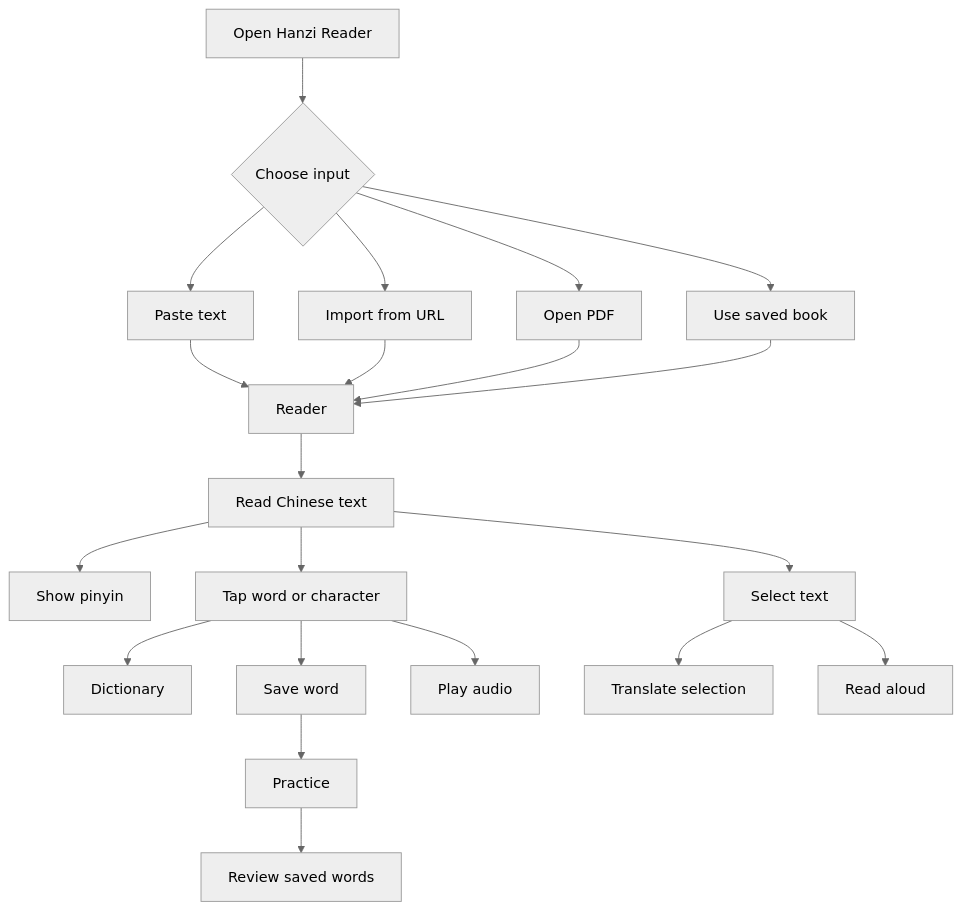
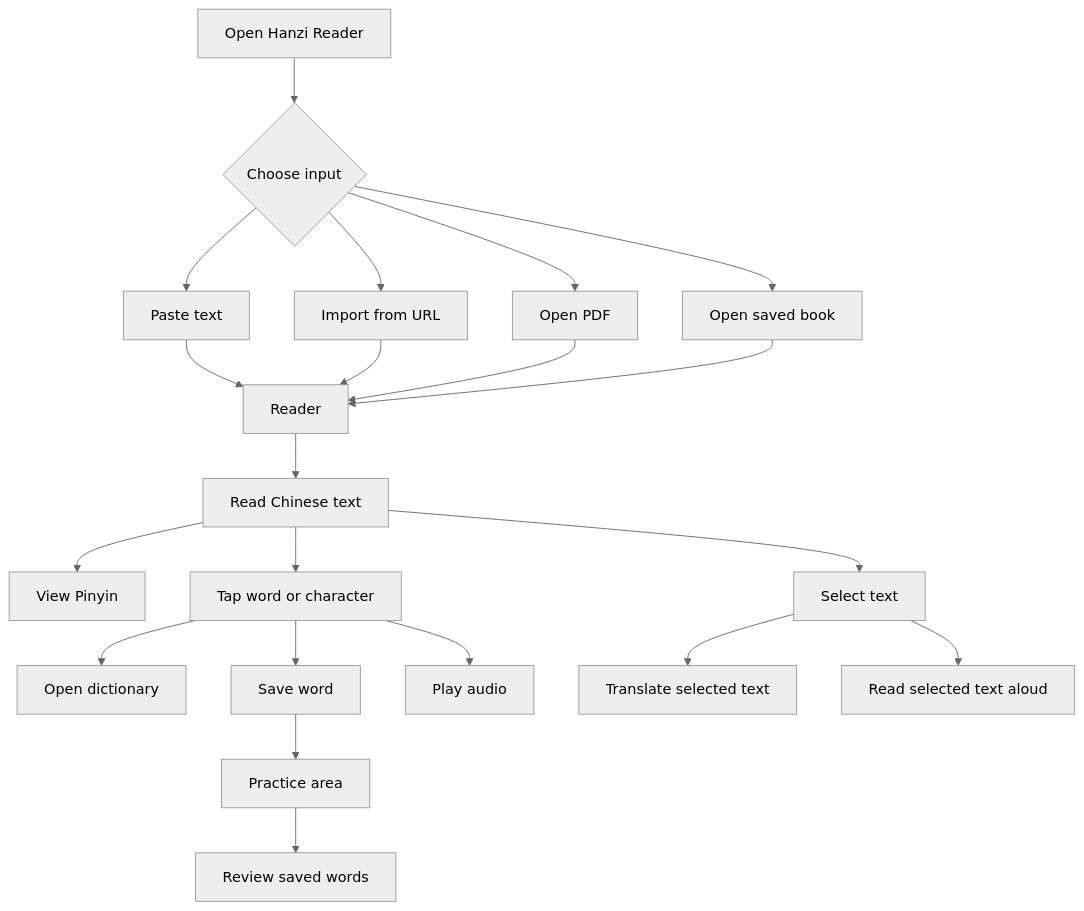
One commit to HyakkimaruPY/Hanzi-Reader changed the fourth of 8 diagrams in README.md. Above: the diagram before and after it, drawn with Mermaid (neutral theme). The commit also changed other lines of this file, not shown here.

````diff
--- a/README.md
+++ b/README.md
@@ -97,28 +145,29 @@
 ```mermaid
 flowchart TD
-    A[Open Hanzi Reader] --> B{Choose input}
-    B --> C[Paste text]
-    B --> D[Import from URL]
-    B --> E[Open PDF]
-    B --> F[Use saved book]
+    A["Open Hanzi Reader"] --> B{"Choose input"}
 
-    C --> G[Reader]
+    B --> C["Paste text"]
+    B --> D["Import from URL"]
+    B --> E["Open PDF"]
+    B --> F["Open saved book"]
+
+    C --> G["Reader"]
     D --> G
     E --> G
     F --> G
 
-    G --> H[Read Chinese text]
-    H --> I[Show pinyin]
-    H --> J[Tap word or character]
-    H --> K[Select text]
+    G --> H["Read Chinese text"]
+    H --> I["View Pinyin"]
+    H --> J["Tap word or character"]
+    H --> K["Select text"]
 
-    J --> L[Dictionary]
-    J --> M[Save word]
-    J --> N[Play audio]
+    J --> L["Open dictionary"]
+    J --> M["Save word"]
+    J --> N["Play audio"]
 
-    K --> O[Translate selection]
-    K --> P[Read aloud]
+    K --> O["Translate selected text"]
+    K --> P["Read selected text aloud"]
 
-    M --> Q[Practice]
-    Q --> R[Review saved words]
+    M --> Q["Practice area"]
+    Q --> R["Review saved words"]
 ```
````
